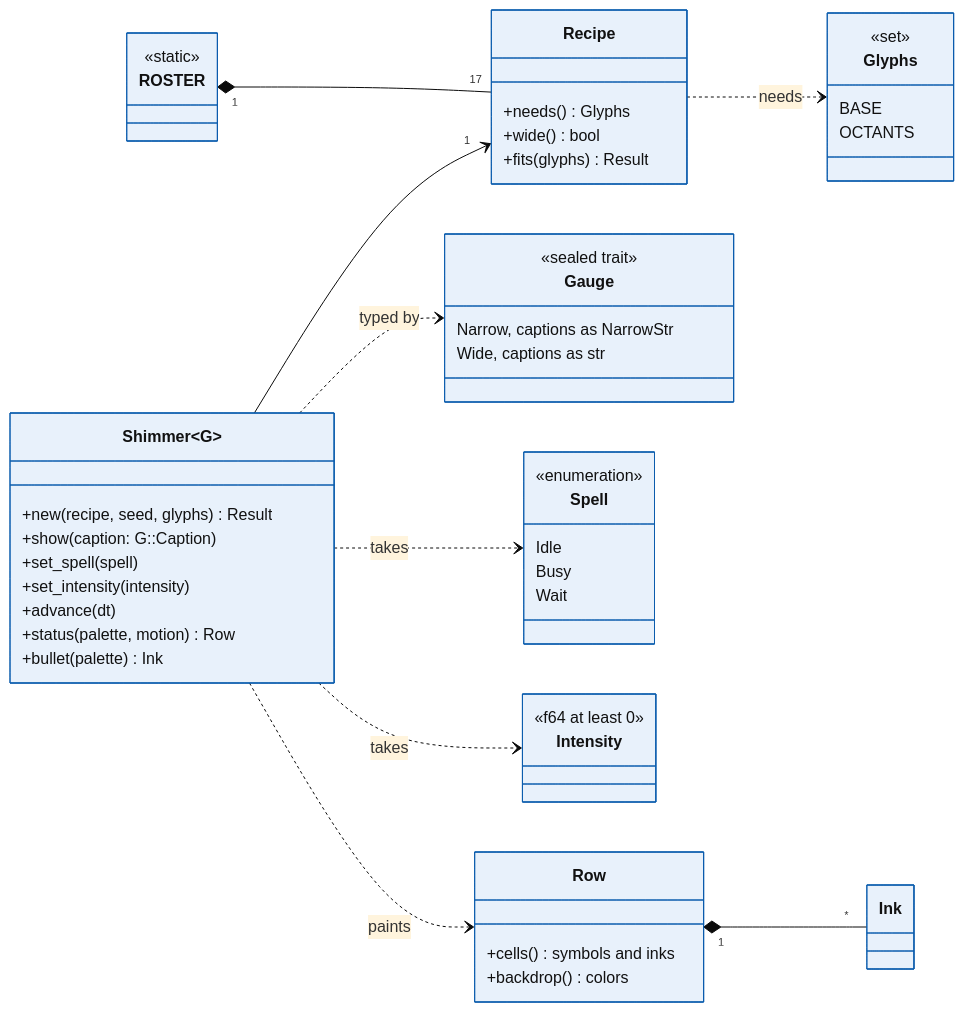
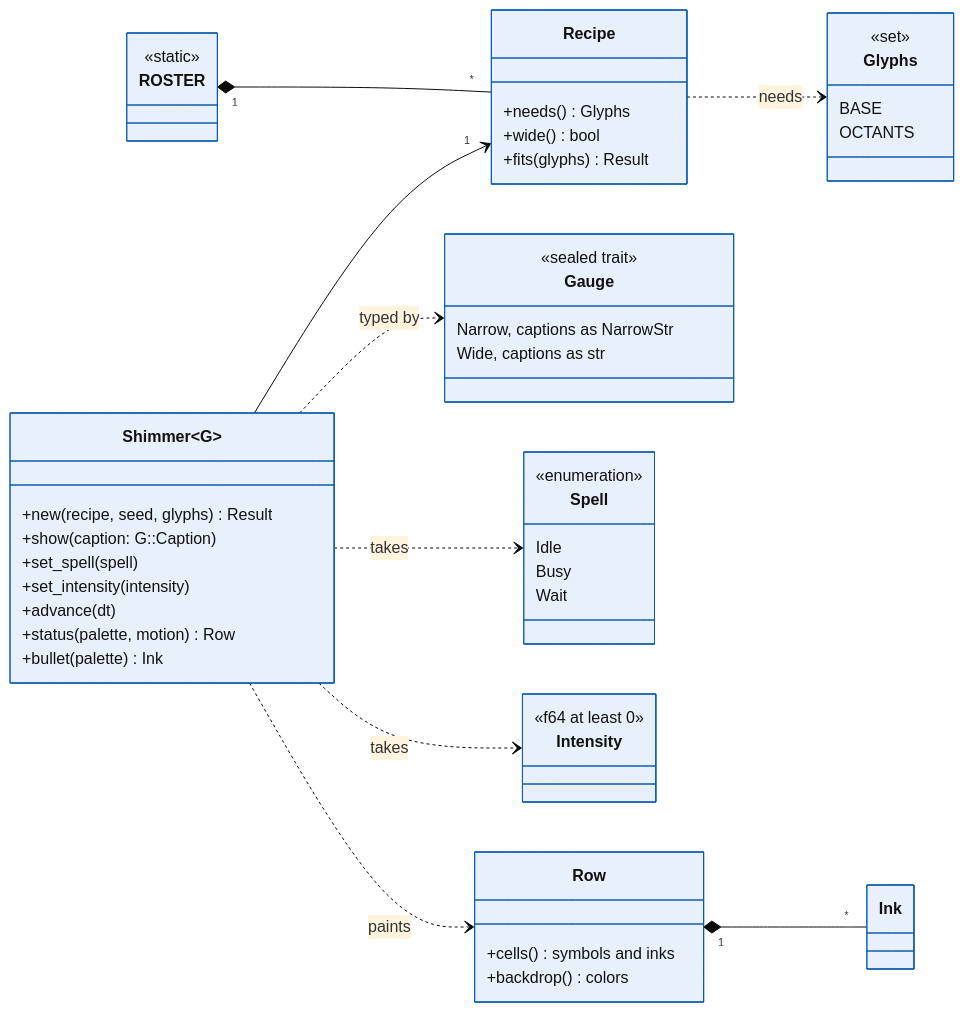
One commit to aoaoaoaoaoaoaoaoaoaoaoaoaoaoaoaoaoaoaoa/libshimmer changed the second of 5 diagrams in SPEC.md. Above: the diagram before and after it, drawn with Mermaid (base theme). The commit also changed other lines of this file and 12 other files, not shown here.

````diff
--- a/SPEC.md
+++ b/SPEC.md
@@ -84,62 +84,62 @@
 ```mermaid
 classDiagram
   direction LR
   class Shimmer~G~ {
     +new(recipe, seed, glyphs) Result
     +show(caption: G::Caption)
     +set_spell(spell)
     +set_intensity(intensity)
     +advance(dt)
     +status(palette, motion) Row
     +bullet(palette) Ink
   }
   class Gauge {
     <<sealed trait>>
     Narrow, captions as NarrowStr
     Wide, captions as str
   }
   class Recipe {
     +needs() Glyphs
     +wide() bool
     +fits(glyphs) Result
   }
   class ROSTER {
     <<static>>
   }
   class Glyphs {
     <<set>>
     BASE
     OCTANTS
   }
   class Spell {
     <<enumeration>>
     Idle
     Busy
     Wait
   }
   class Intensity {
     <<f64 at least 0>>
   }
   class Row {
     +cells() symbols and inks
     +backdrop() colors
   }
   class Ink
   Shimmer --> "1" Recipe
   Shimmer ..> Gauge : typed by
   Shimmer ..> Spell : takes
   Shimmer ..> Intensity : takes
   Shimmer ..> Row : paints
-  ROSTER "1" *-- "17" Recipe
+  ROSTER "1" *-- "*" Recipe
   Recipe ..> Glyphs : needs
   Row "1" *-- "*" Ink
   style Shimmer fill:#e8f1fb,stroke:#0b5cad,color:#111
   style Gauge fill:#e8f1fb,stroke:#0b5cad,color:#111
   style Recipe fill:#e8f1fb,stroke:#0b5cad,color:#111
   style ROSTER fill:#e8f1fb,stroke:#0b5cad,color:#111
   style Glyphs fill:#e8f1fb,stroke:#0b5cad,color:#111
   style Spell fill:#e8f1fb,stroke:#0b5cad,color:#111
   style Intensity fill:#e8f1fb,stroke:#0b5cad,color:#111
   style Row fill:#e8f1fb,stroke:#0b5cad,color:#111
   style Ink fill:#e8f1fb,stroke:#0b5cad,color:#111
 ```
````
